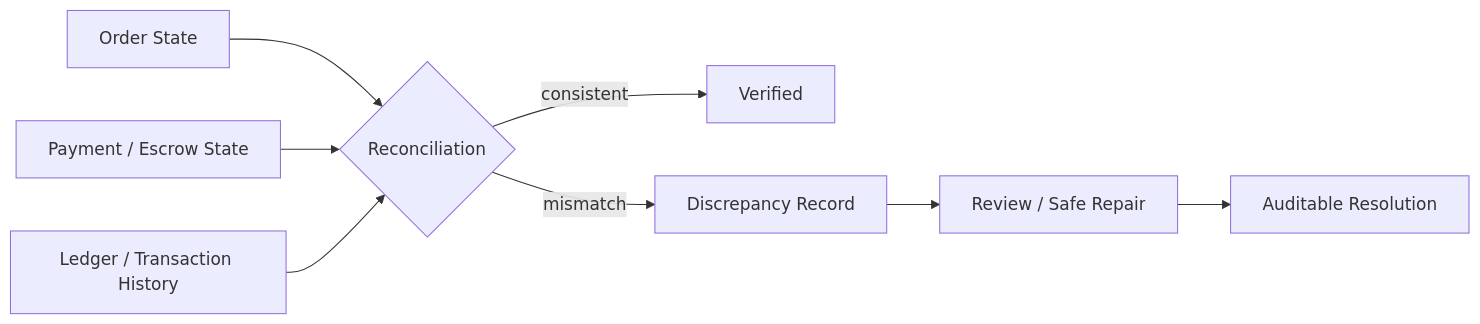
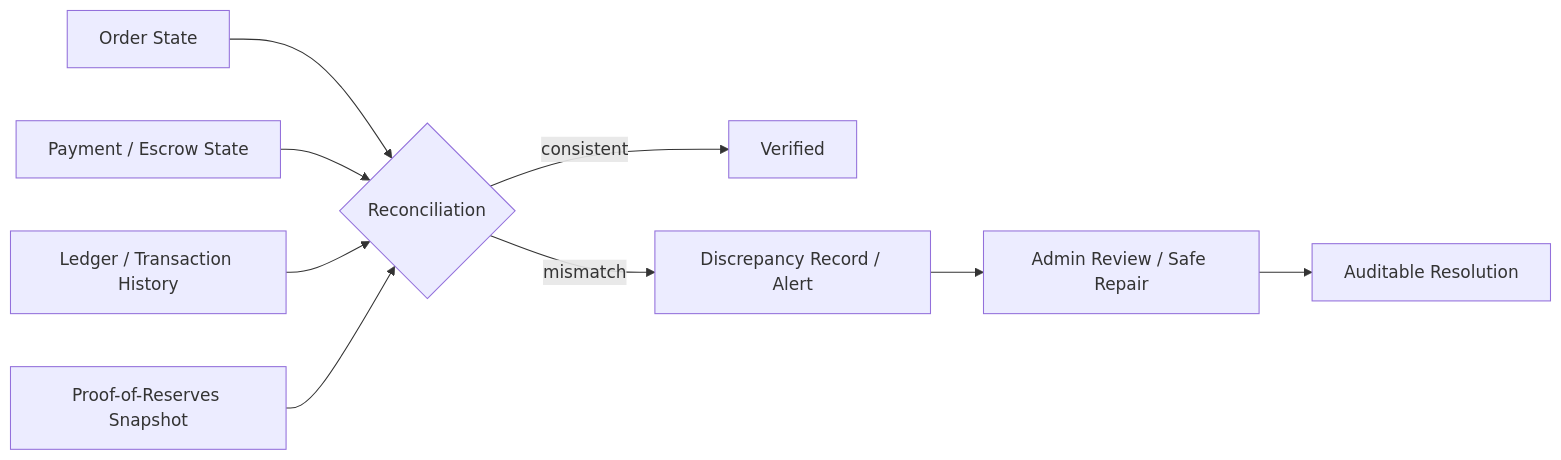
One commit to AzamanLTD/AZM-Planning changed the ninth of 12 diagrams in AZM architecture visual maps.md. Above: the diagram before and after it, drawn with Mermaid. The commit also changed other lines of this file, not shown here.

````diff
--- a/AZM architecture visual maps.md
+++ b/AZM architecture visual maps.md
@@ -147,10 +147,11 @@
 ```mermaid
 flowchart LR
     A[Order State] --> C{Reconciliation}
     B[Payment / Escrow State] --> C
     D[Ledger / Transaction History] --> C
-    C -->|consistent| E[Verified]
-    C -->|mismatch| F[Discrepancy Record]
-    F --> G[Review / Safe Repair]
-    G --> H[Auditable Resolution]
+    E[Proof-of-Reserves Snapshot] --> C
+    C -->|consistent| F[Verified]
+    C -->|mismatch| G[Discrepancy Record / Alert]
+    G --> H[Admin Review / Safe Repair]
+    H --> I[Auditable Resolution]
 ```
````
